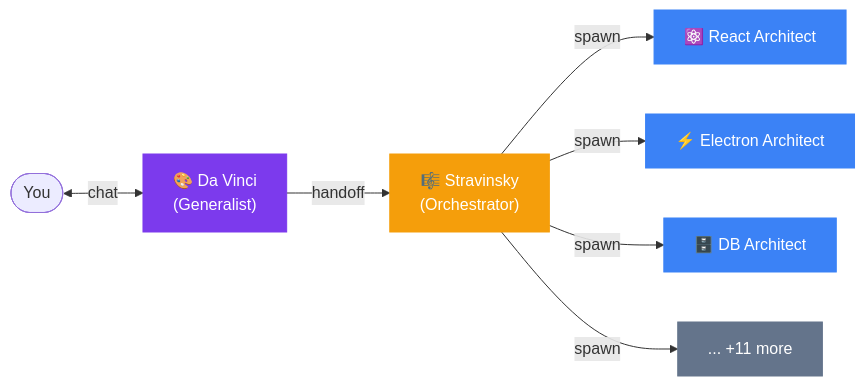
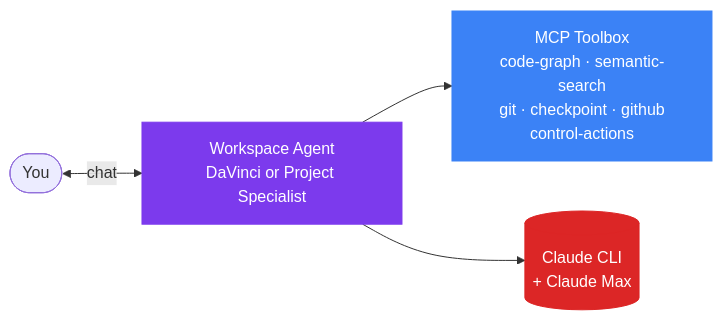
Before and after one commit to unosquare-eduardotorres/CodeAtelier: the first of 4 diagrams in README.md, drawn with Mermaid. The commit also changed other lines of this file and 141 other files, not shown here.

````diff
--- a/README.md
+++ b/README.md
@@ -9,16 +9,10 @@
 ```mermaid
 flowchart LR
-    You([You]) <-->|chat| G["🎨 Da Vinci<br/>(Generalist)"]
-    G -->|handoff| O["🎼 Stravinsky<br/>(Orchestrator)"]
-    O -->|spawn| S1["⚛️ React Architect"]
-    O -->|spawn| S2["⚡ Electron Architect"]
-    O -->|spawn| S3["🗄️ DB Architect"]
-    O -->|spawn| S4["... +11 more"]
+    You([You]) <-->|chat| R["Workspace Agent<br/>DaVinci or Project Specialist"]
+    R --> MCP["MCP Toolbox<br/>code-graph · semantic-search<br/>git · checkpoint · github<br/>control-actions"]
+    R --> CLI[("Claude CLI<br/>+ Claude Max")]
 
-    style G fill:#7c3aed,color:#fff,stroke:#7c3aed
-    style O fill:#f59e0b,color:#fff,stroke:#f59e0b
-    style S1 fill:#3b82f6,color:#fff,stroke:#3b82f6
-    style S2 fill:#3b82f6,color:#fff,stroke:#3b82f6
-    style S3 fill:#3b82f6,color:#fff,stroke:#3b82f6
-    style S4 fill:#64748b,color:#fff,stroke:#64748b
+    style R fill:#7c3aed,color:#fff,stroke:#7c3aed
+    style MCP fill:#3b82f6,color:#fff,stroke:#3b82f6
+    style CLI fill:#dc2626,color:#fff,stroke:#dc2626
 ```
````
